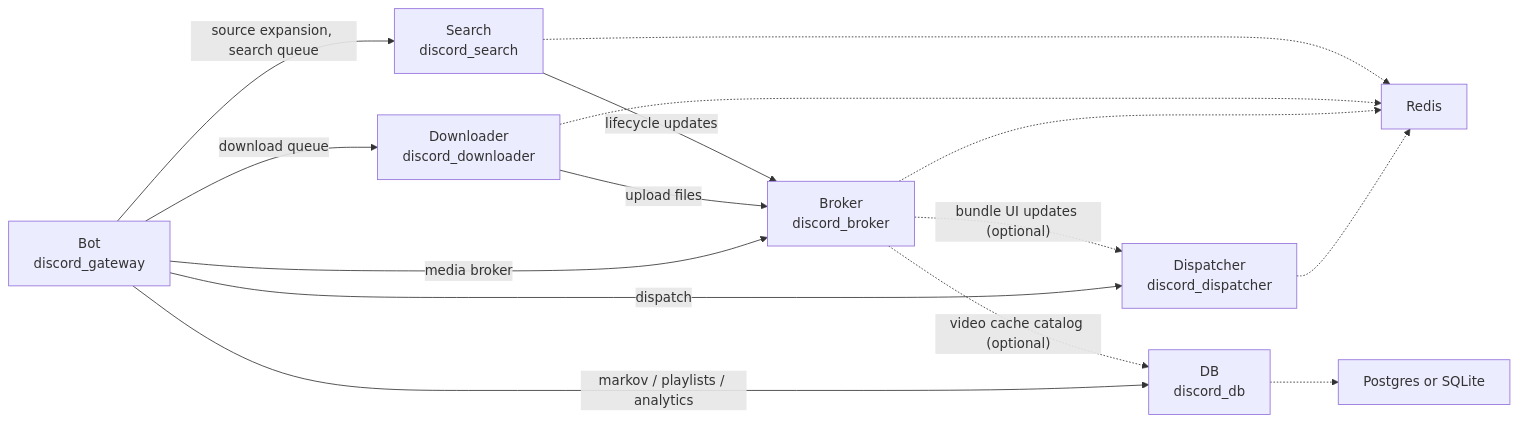
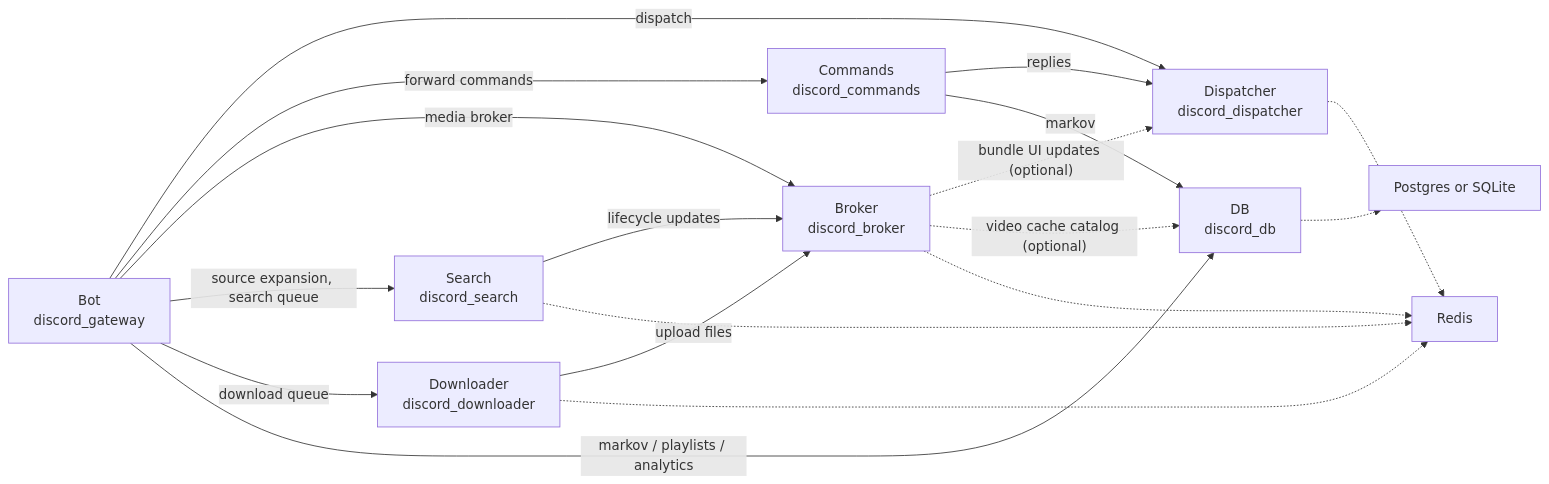
The diagram in docs/architecture.md (tnoff/discord-bot), drawn with Mermaid before and after one commit. The commit also changed other lines of this file and 12 other files, not shown here.

Commit message:
docs: bring docs/ up to date with the commands pod, the gateway health model and the markov cutover

````diff
--- a/docs/architecture.md
+++ b/docs/architecture.md
@@ -31,27 +37,31 @@
 ```mermaid
 flowchart LR
     BOT["Bot<br/>discord_gateway"]
+    COMMANDS["Commands<br/>discord_commands"]
     DISPATCHER["Dispatcher<br/>discord_dispatcher"]
     BROKER["Broker<br/>discord_broker"]
     DB["DB<br/>discord_db"]
     DOWNLOADER["Downloader<br/>discord_downloader"]
     SEARCH["Search<br/>discord_search"]
     REDIS["Redis"]
     DATABASE["Postgres or SQLite"]
 
     BOT -->|dispatch| DISPATCHER
+    BOT -->|forward commands| COMMANDS
+    COMMANDS -->|replies| DISPATCHER
+    COMMANDS -->|markov| DB
     BOT -->|media broker| BROKER
     BOT -->|source expansion, search queue| SEARCH
     BOT -->|download queue| DOWNLOADER
     BOT -->|markov / playlists / analytics| DB
     DOWNLOADER -->|upload files| BROKER
     SEARCH -->|lifecycle updates| BROKER
     BROKER -.->|"bundle UI updates (optional)"| DISPATCHER
     BROKER -.->|"video cache catalog (optional)"| DB
 
     DISPATCHER -.-> REDIS
     BROKER -.-> REDIS
     DOWNLOADER -.-> REDIS
     SEARCH -.-> REDIS
     DB -.-> DATABASE
 ```
````
